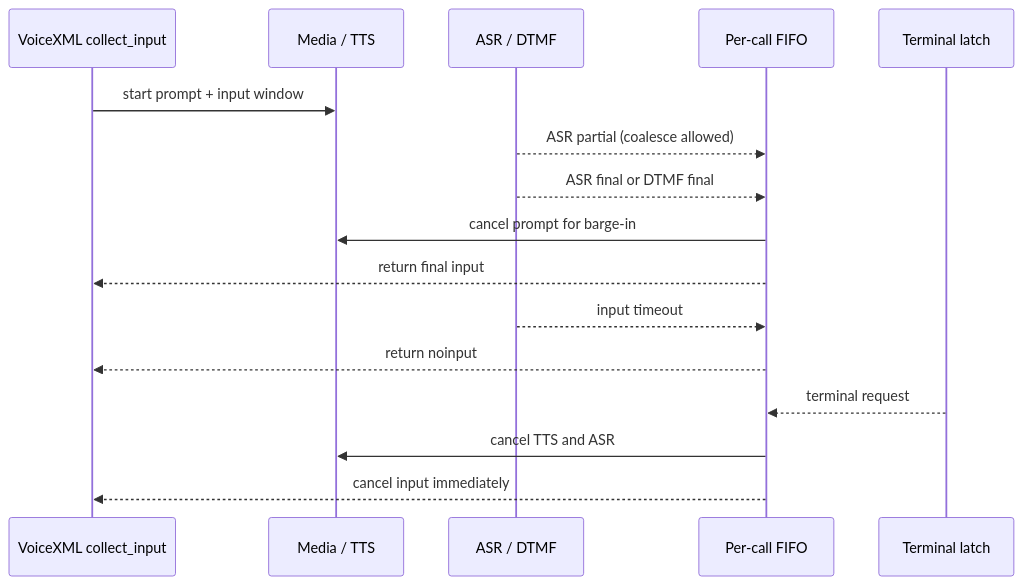
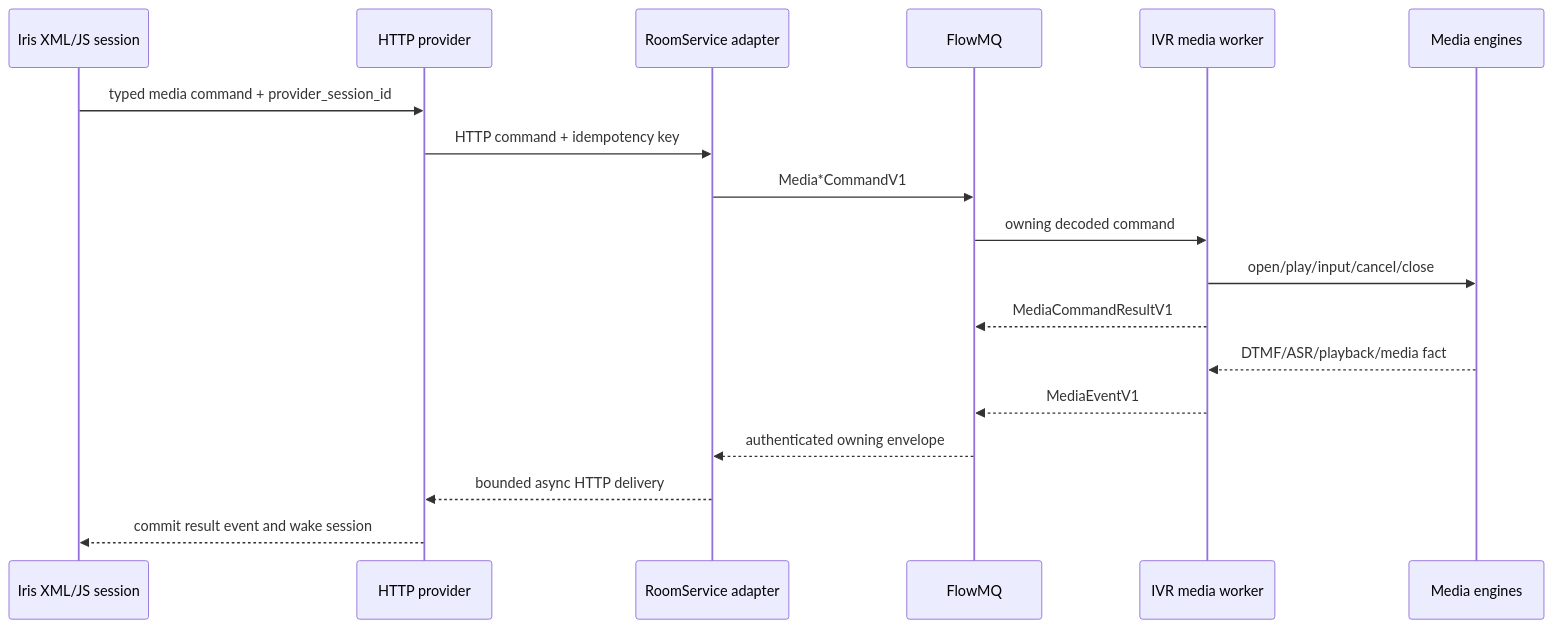
One commit to qigao/turbomedia changed the second of 2 diagrams in webrtc/docs/ivr-worker-architecture-zh.md. Above: the diagram before and after it, drawn with Mermaid. The commit also changed other lines of this file and 133 other files, not shown here.

Commit message:
refactor(webrtc): work mode update - [x] webtc/sip as standalone server - [x] remove turboxml support from webrtc - [x] sync with FlowMQ update - [x] talk to xml server with flowmq

````diff
--- a/webrtc/docs/ivr-worker-architecture-zh.md
+++ b/webrtc/docs/ivr-worker-architecture-zh.md
@@ -541,19 +42,21 @@
 ```mermaid
 sequenceDiagram
-    participant V as VoiceXML collect_input
-    participant M as Media / TTS
-    participant A as ASR / DTMF
-    participant Q as Per-call FIFO
-    participant T as Terminal latch
+  participant I as Iris XML/JS session
+  participant H as HTTP provider
+  participant R as RoomService adapter
+  participant F as FlowMQ
+  participant W as IVR media worker
+  participant M as Media engines
 
-    V->>M: start prompt + input window
-    A-->>Q: ASR partial (coalesce allowed)
-    A-->>Q: ASR final or DTMF final
-    Q->>M: cancel prompt for barge-in
-    Q-->>V: return final input
-    A-->>Q: input timeout
-    Q-->>V: return noinput
-    T-->>Q: terminal request
-    Q->>M: cancel TTS and ASR
-    Q-->>V: cancel input immediately
+  I->>H: typed media command + provider_session_id
+  H->>R: HTTP command + idempotency key
+  R->>F: Media*CommandV1
+  F->>W: owning decoded command
+  W->>M: open/play/input/cancel/close
+  W-->>F: MediaCommandResultV1
+  M-->>W: DTMF/ASR/playback/media fact
+  W-->>F: MediaEventV1
+  F-->>R: authenticated owning envelope
+  R-->>H: bounded async HTTP delivery
+  H-->>I: commit result event and wake session
 ```
````
